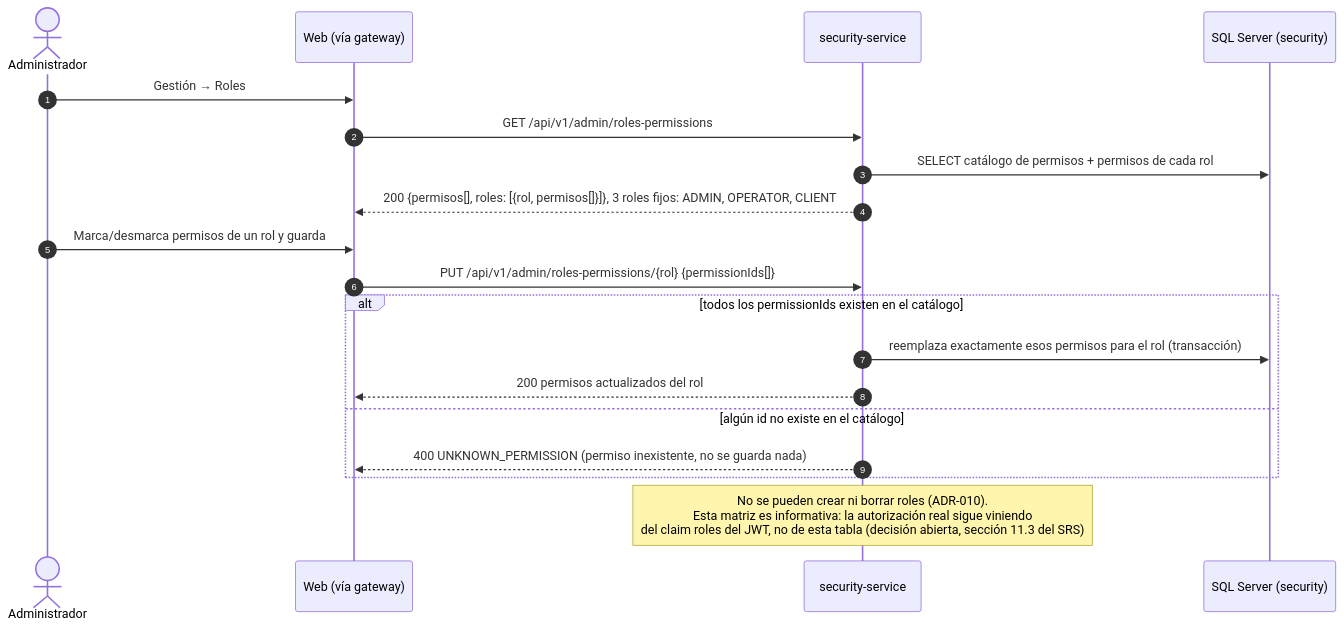
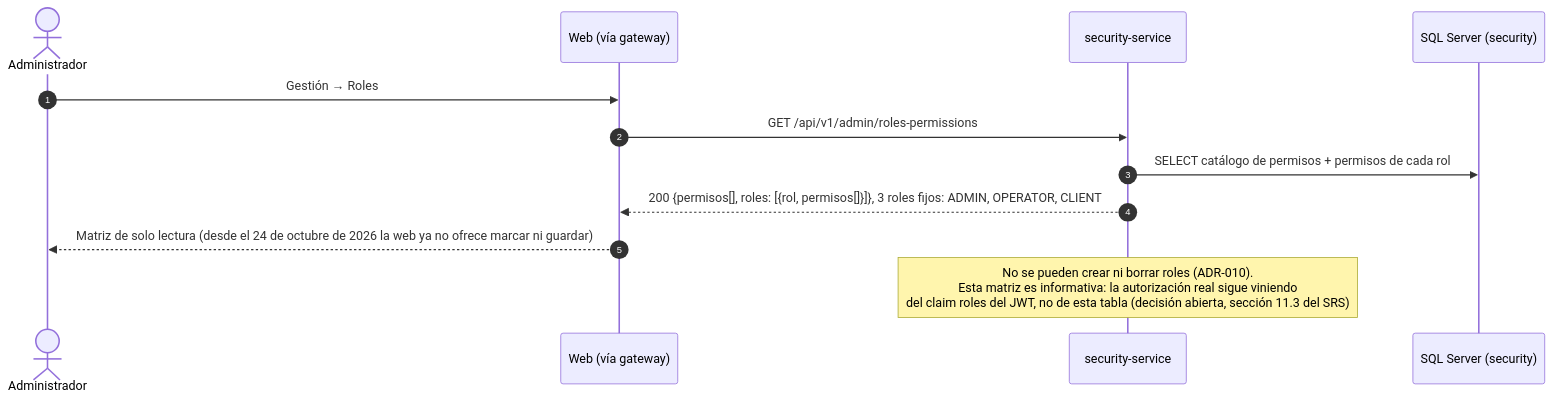
One commit to BrayanCABRERA123/lavarapido-docs changed diagram 11 of 26 in 02_DOCUMENTACION_DE_ANALISIS_DEL_SOFTWARE/ES/MD/documentacion-de-analisis-del-software.md. Above: the diagram before and after it, drawn with Mermaid. The commit also changed other lines of this file and 1 other file, not shown here.

Commit message:
docs(analysis): show the read-only permission matrix and drop the removed scheduled-booking expiry

````diff
--- a/02_DOCUMENTACION_DE_ANALISIS_DEL_SOFTWARE/ES/MD/documentacion-de-analisis-del-software.md
+++ b/02_DOCUMENTACION_DE_ANALISIS_DEL_SOFTWARE/ES/MD/documentacion-de-analisis-del-software.md
@@ -490,22 +490,15 @@
 ```mermaid
 sequenceDiagram
     autonumber
     actor A as Administrador
     participant W as Web (vía gateway)
     participant S as security-service
     participant DB as SQL Server (security)
 
     A->>W: Gestión → Roles
     W->>S: GET /api/v1/admin/roles-permissions
     S->>DB: SELECT catálogo de permisos + permisos de cada rol
     S-->>W: 200 {permisos[], roles: [{rol, permisos[]}]}, 3 roles fijos: ADMIN, OPERATOR, CLIENT
-    A->>W: Marca/desmarca permisos de un rol y guarda
-    W->>S: PUT /api/v1/admin/roles-permissions/{rol} {permissionIds[]}
-    alt todos los permissionIds existen en el catálogo
-        S->>DB: reemplaza exactamente esos permisos para el rol (transacción)
-        S-->>W: 200 permisos actualizados del rol
-    else algún id no existe en el catálogo
-        S-->>W: 400 UNKNOWN_PERMISSION (permiso inexistente, no se guarda nada)
-    end
+    W-->>A: Matriz de solo lectura (desde el 24 de octubre de 2026 la web ya no ofrece marcar ni guardar)
     Note over S: No se pueden crear ni borrar roles (ADR-010).<br/>Esta matriz es informativa: la autorización real sigue viniendo<br/>del claim roles del JWT, no de esta tabla (decisión abierta, sección 11.3 del SRS)
 ```
````
